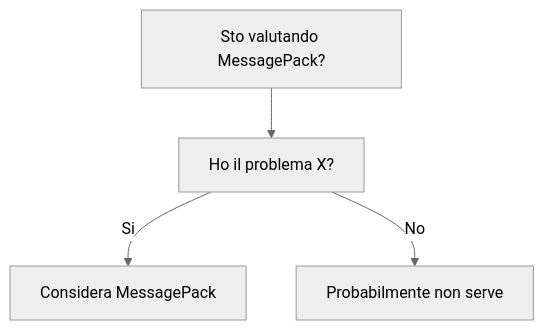
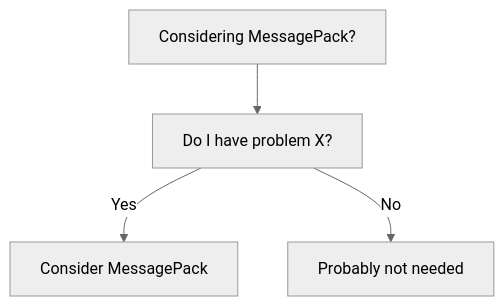
One commit to HxT9/Software-Dev-Wiki changed the diagram in dev-wiki/13_Integration/Serialization/MessagePack/When_To_Use.md. Above: the diagram before and after it, drawn with Mermaid (neutral theme). The commit also changed other lines of this file and 3444 other files, not shown here.

````diff
--- a/dev-wiki/13_Integration/Serialization/MessagePack/When_To_Use.md
+++ b/dev-wiki/13_Integration/Serialization/MessagePack/When_To_Use.md
@@ -19,6 +19,6 @@
 ```mermaid
 flowchart TD
-  Q[Sto valutando MessagePack?] --> Q1[Ho il problema X?]
-  Q1 -->|Si| OK[Considera MessagePack]
-  Q1 -->|No| NO[Probabilmente non serve]
+  Q[Considering MessagePack?] --> Q1[Do I have problem X?]
+  Q1 -->|Yes| OK[Consider MessagePack]
+  Q1 -->|No| NO[Probably not needed]
 ```
````
